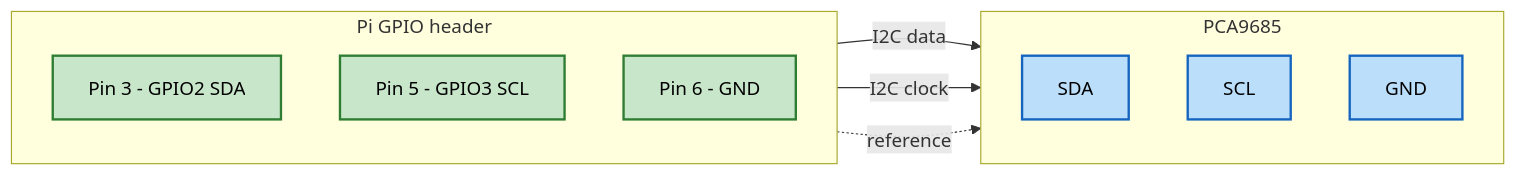
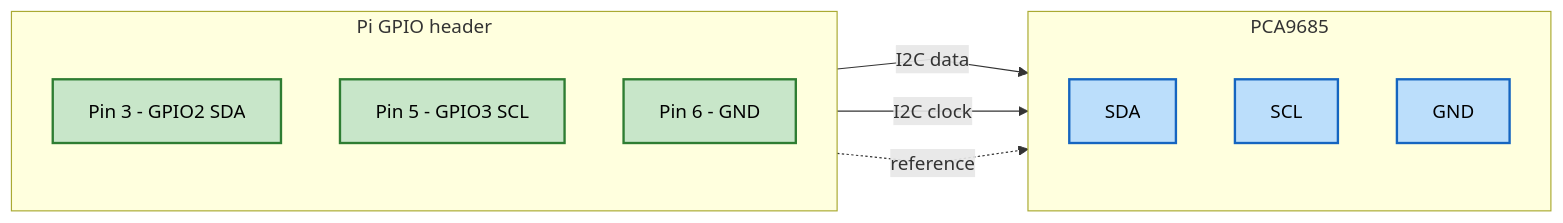
The diagram in bookv3/diagrams/i2c-chain.mmd (Adamzvulun/pi), drawn with Mermaid before and after one commit. The commit also changed 11 other files, not shown here.

First line of the commit message:
docs(bookv3): straight-line edges + diagrams/README review

```diff
--- a/bookv3/diagrams/i2c-chain.mmd
+++ b/bookv3/diagrams/i2c-chain.mmd
@@ -1,21 +1,22 @@
+%%{init: {'flowchart': {'curve': 'linear', 'nodeSpacing': 50, 'rankSpacing': 90}}}%%
 flowchart LR
     classDef pi fill:#c8e6c9,stroke:#2e7d32,color:#000,stroke-width:2px
     classDef pca fill:#bbdefb,stroke:#1565c0,color:#000,stroke-width:2px
 
     subgraph PiGPIO["Pi GPIO header"]
         direction TB
         P3["Pin 3 - GPIO2 SDA"]:::pi
         P5["Pin 5 - GPIO3 SCL"]:::pi
         P6["Pin 6 - GND"]:::pi
     end
 
     subgraph PCAside["PCA9685"]
         direction TB
         SDA["SDA"]:::pca
         SCL["SCL"]:::pca
         PCAGND["GND"]:::pca
     end
 
     P3 -->|I2C data| SDA
     P5 -->|I2C clock| SCL
     P6 -.->|reference| PCAGND
```
